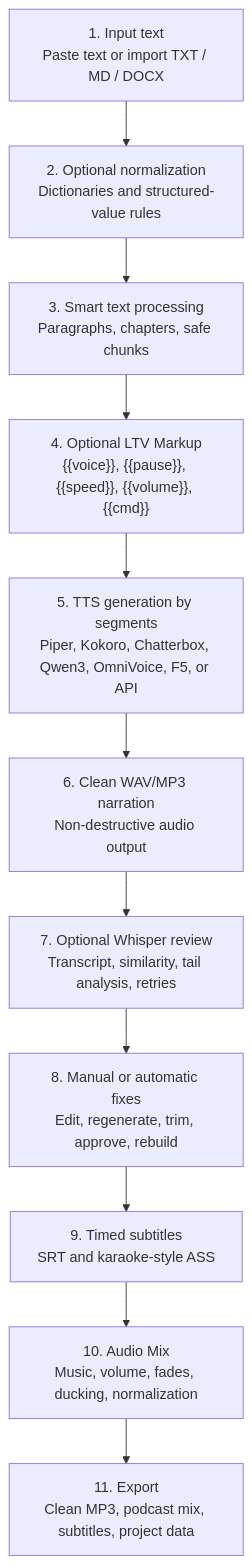
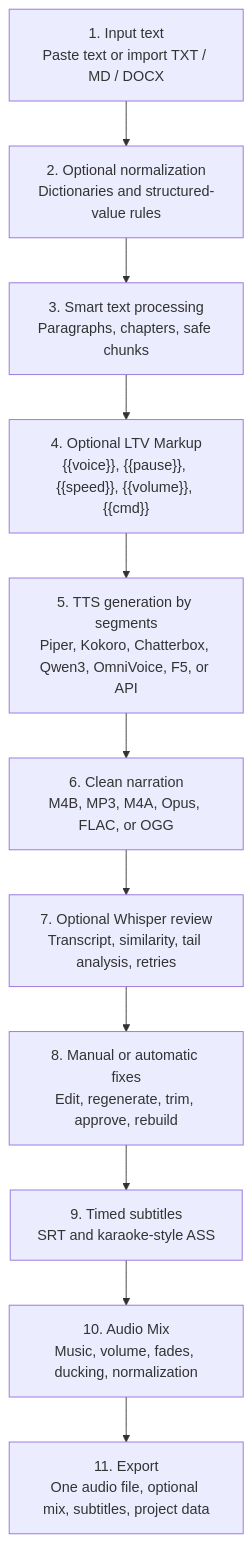
Before and after one commit to estebanstifli/LocalText2Voice: the diagram in README.md, drawn with Mermaid. The commit also changed other lines of this file and 47 other files, not shown here.

````diff
--- a/README.md
+++ b/README.md
@@ -118,13 +122,13 @@
 ```mermaid
 flowchart TD
     A["1. Input text<br>Paste text or import TXT / MD / DOCX"] --> B["2. Optional normalization<br>Dictionaries and structured-value rules"]
     B --> C["3. Smart text processing<br>Paragraphs, chapters, safe chunks"]
     C --> D["4. Optional LTV Markup<br>{{voice}}, {{pause}}, {{speed}}, {{volume}}, {{cmd}}"]
     D --> E["5. TTS generation by segments<br>Piper, Kokoro, Chatterbox, Qwen3, OmniVoice, F5, or API"]
-    E --> F["6. Clean WAV/MP3 narration<br>Non-destructive audio output"]
+    E --> F["6. Clean narration<br>M4B, MP3, M4A, Opus, FLAC, or OGG"]
     F --> G["7. Optional Whisper review<br>Transcript, similarity, tail analysis, retries"]
     G --> H["8. Manual or automatic fixes<br>Edit, regenerate, trim, approve, rebuild"]
     H --> I["9. Timed subtitles<br>SRT and karaoke-style ASS"]
     I --> J["10. Audio Mix<br>Music, volume, fades, ducking, normalization"]
-    J --> K["11. Export<br>Clean MP3, podcast mix, subtitles, project data"]
+    J --> K["11. Export<br>One audio file, optional mix, subtitles, project data"]
 ```
````
